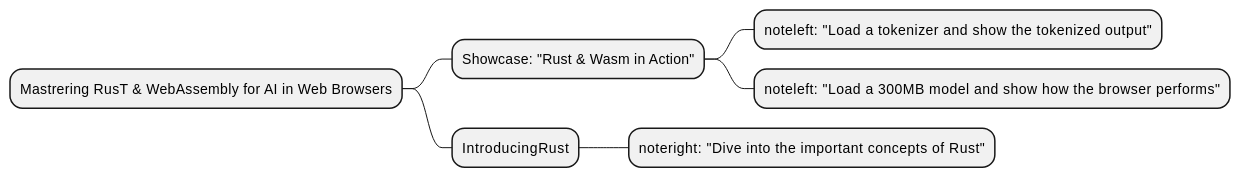
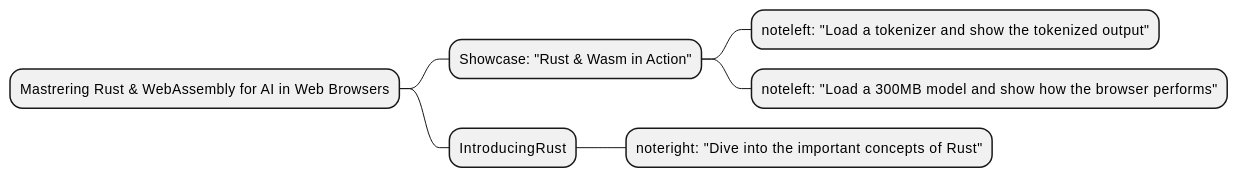
The third of 17 diagrams in fw_ex/explorin_diags/practicing_diagramming.md (insightbuilder/codeai_fusion), drawn with PlantUML before and after one commit. The commit also changed other lines of this file and 12 other files, not shown here.

````diff
--- a/fw_ex/explorin_diags/practicing_diagramming.md
+++ b/fw_ex/explorin_diags/practicing_diagramming.md
@@ -91,10 +109,10 @@
 ```plantuml
 @startmindmap
-* Mastrering RusT & WebAssembly for AI in Web Browsers
+* Mastrering Rust & WebAssembly for AI in Web Browsers
 ** Showcase: "Rust & Wasm in Action"
 *** noteleft: "Load a tokenizer and show the tokenized output"
 *** noteleft: "Load a 300MB model and show how the browser performs"
 ** IntroducingRust
 *** noteright: "Dive into the important concepts of Rust"
 @endmindmap
 ```
````
